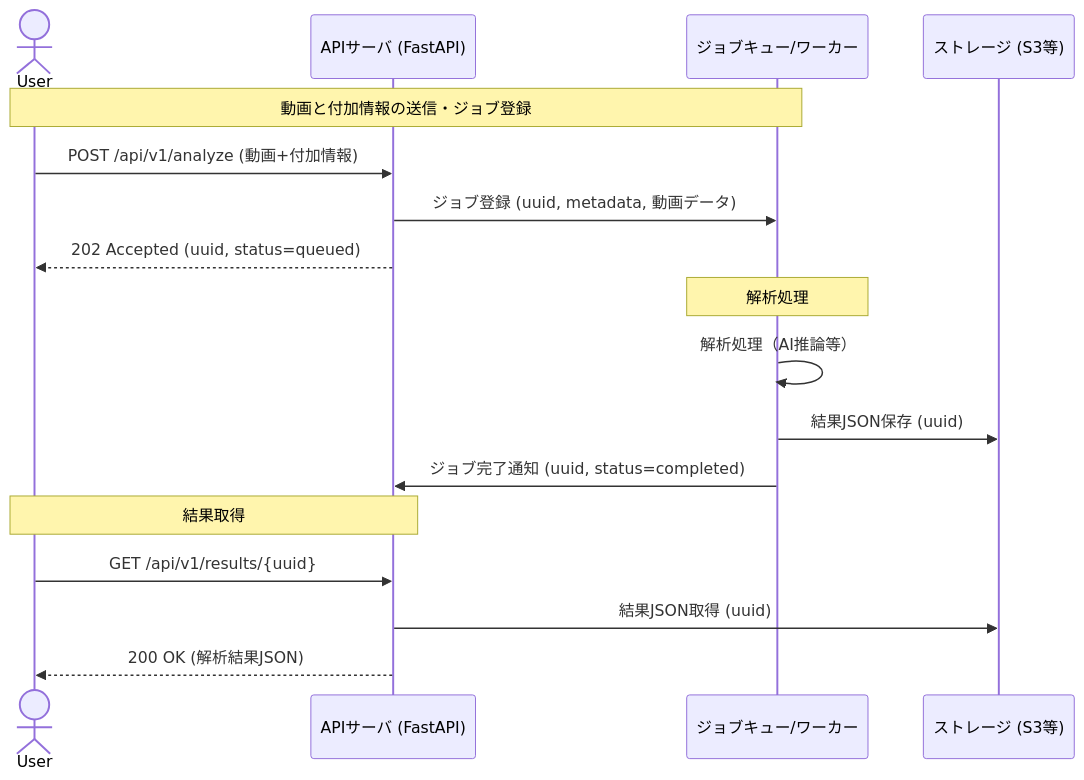
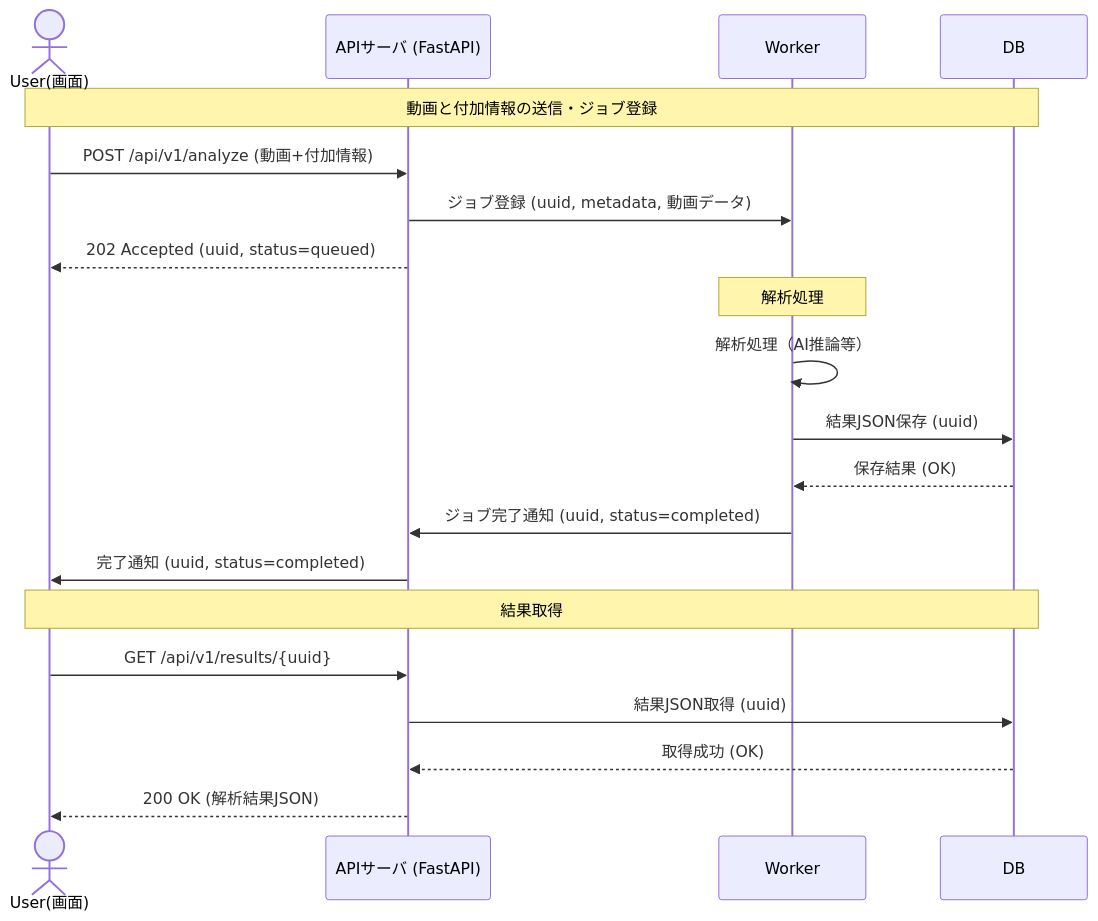
The diagram in docs/IF/async_api_sequence.md (miyakp098/shot_trace_api), drawn with Mermaid before and after one commit. The commit also changed other lines of this file, not shown here.

Commit message:
APIシーケンス図を修正

````diff
--- a/docs/IF/async_api_sequence.md
+++ b/docs/IF/async_api_sequence.md
@@ -5,22 +4,25 @@
 ```mermaid
 sequenceDiagram
-    actor User
+    actor User as User(画面)
     participant API as APIサーバ (FastAPI)
-    participant Worker as ジョブキュー/ワーカー
-    participant Storage as ストレージ (S3等)
+    participant Worker as Worker
+    participant Storage as DB
 
-    Note over User,Worker: 動画と付加情報の送信・ジョブ登録
+    Note over User,Storage: 動画と付加情報の送信・ジョブ登録
     User->>API: POST /api/v1/analyze (動画+付加情報)
     API->>Worker: ジョブ登録 (uuid, metadata, 動画データ)
     API-->>User: 202 Accepted (uuid, status=queued)
 
     Note over Worker: 解析処理
     Worker->>Worker: 解析処理（AI推論等）
     Worker->>Storage: 結果JSON保存 (uuid)
+    Storage-->>Worker: 保存結果 (OK)
     Worker->>API: ジョブ完了通知 (uuid, status=completed)
+    API->>User: 完了通知 (uuid, status=completed)
 
-    Note over User,API: 結果取得
+    Note over User,Storage: 結果取得
     User->>API: GET /api/v1/results/{uuid}
     API->>Storage: 結果JSON取得 (uuid)
+    Storage-->>API: 取得成功 (OK)
     API-->>User: 200 OK (解析結果JSON)
 ```
````
